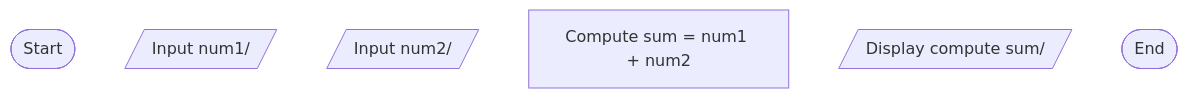
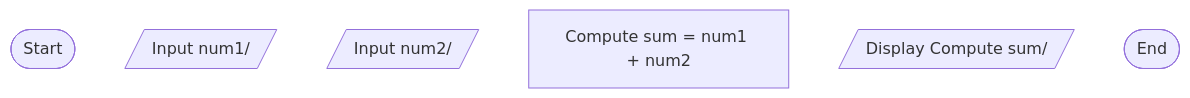
One commit to trishamarpanes-sudo/cpp102-week2-panes changed the diagram in flowchart1.md. Above: the diagram before and after it, drawn with Mermaid.

Commit message:
Add Week 2 algorithm pseudocode and flowchart activities

````diff
--- a/flowchart1.md
+++ b/flowchart1.md
@@ -1,9 +1,9 @@
 ```mermaid
 flowchart TD
     A([Start])
     B[/Input num1//]
     C[/Input num2//]
     D["Compute sum = num1 + num2"]
-    E[/Display compute sum//]
+    E[/Display Compute sum//]
     F([End])
 ```
````
